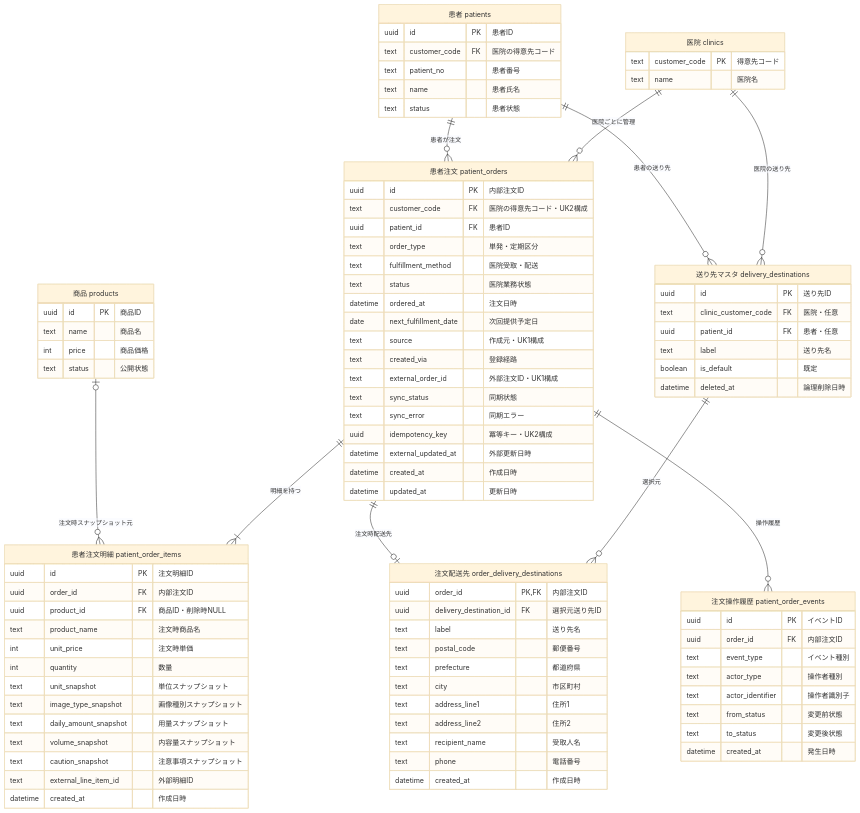
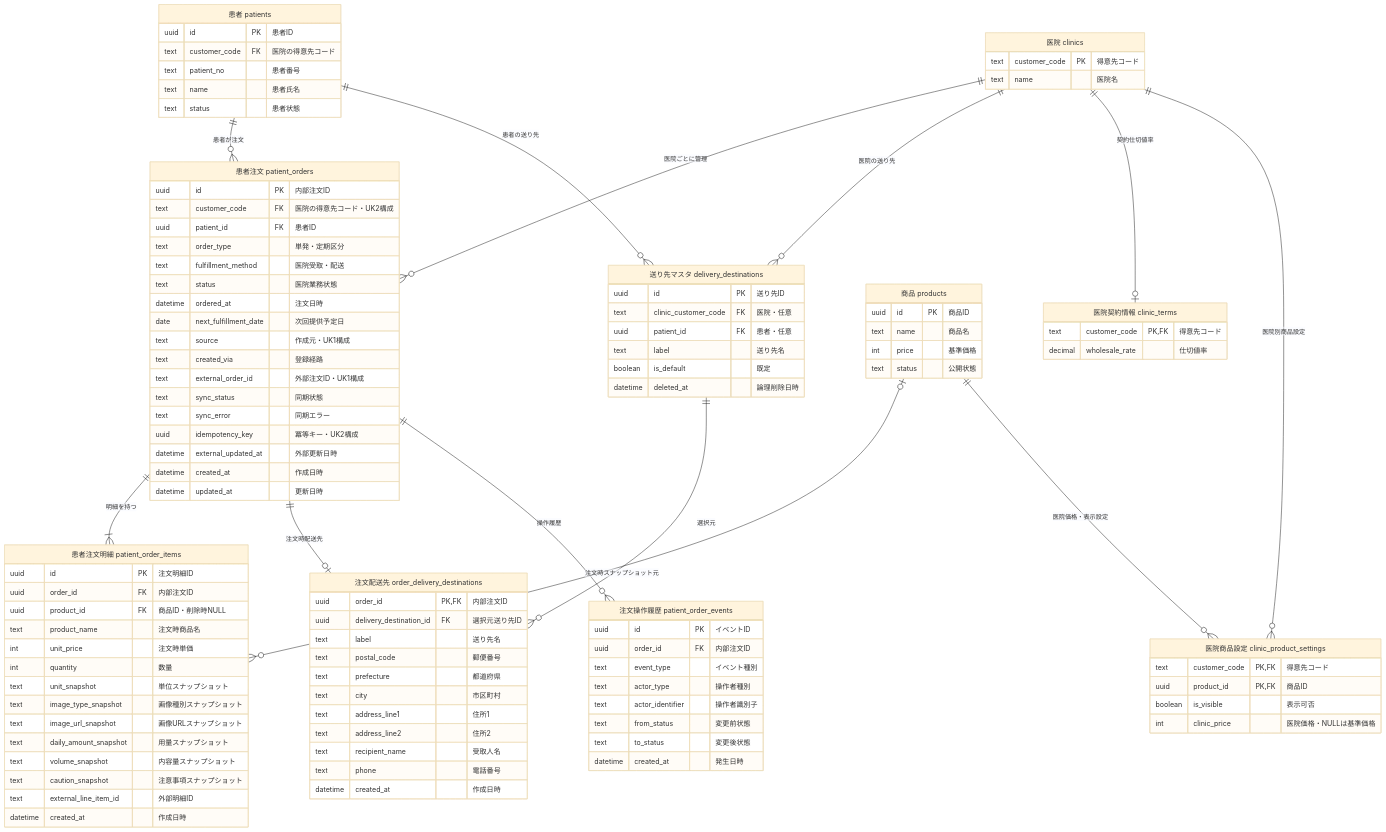
The third of 4 diagrams in project_clinic_order_management_design.md (masashi-sketch/dental-portal), drawn with Mermaid (base theme) before and after one commit. The commit also changed other lines of this file and 37 other files, not shown here.

Commit message:
feat: add clinic-specific product pricing

```diff
--- a/project_clinic_order_management_design.md
+++ b/project_clinic_order_management_design.md
@@ -278,6 +292,9 @@
   PATIENT_ORDERS ||--o| ORDER_DELIVERY_DESTINATIONS : "注文時配送先"
   PATIENT_ORDERS ||--o{ PATIENT_ORDER_EVENTS : "操作履歴"
   PRODUCTS o|--o{ PATIENT_ORDER_ITEMS : "注文時スナップショット元"
+  CLINICS ||--o| CLINIC_TERMS : "契約仕切値率"
+  CLINICS ||--o{ CLINIC_PRODUCT_SETTINGS : "医院別商品設定"
+  PRODUCTS ||--o{ CLINIC_PRODUCT_SETTINGS : "医院価格・表示設定"
 
   CLINICS["医院 clinics"] {
     text customer_code PK "得意先コード"
@@ -295,7 +312,7 @@
   PRODUCTS["商品 products"] {
     uuid id PK "商品ID"
     text name "商品名"
-    int price "商品価格"
+    int price "基準価格"
     text status "公開状態"
   }
 
@@ -328,11 +345,24 @@
     int quantity "数量"
     text unit_snapshot "単位スナップショット"
     text image_type_snapshot "画像種別スナップショット"
+    text image_url_snapshot "画像URLスナップショット"
     text daily_amount_snapshot "用量スナップショット"
     text volume_snapshot "内容量スナップショット"
     text caution_snapshot "注意事項スナップショット"
     text external_line_item_id "外部明細ID"
     datetime created_at "作成日時"
+  }
+
+  CLINIC_TERMS["医院契約情報 clinic_terms"] {
+    text customer_code PK,FK "得意先コード"
+    decimal wholesale_rate "仕切値率"
+  }
+
+  CLINIC_PRODUCT_SETTINGS["医院商品設定 clinic_product_settings"] {
+    text customer_code PK,FK "得意先コード"
+    uuid product_id PK,FK "商品ID"
+    boolean is_visible "表示可否"
+    int clinic_price "医院価格・NULLは基準価格"
   }
 
   DELIVERY_DESTINATIONS["送り先マスタ delivery_destinations"] {
```
